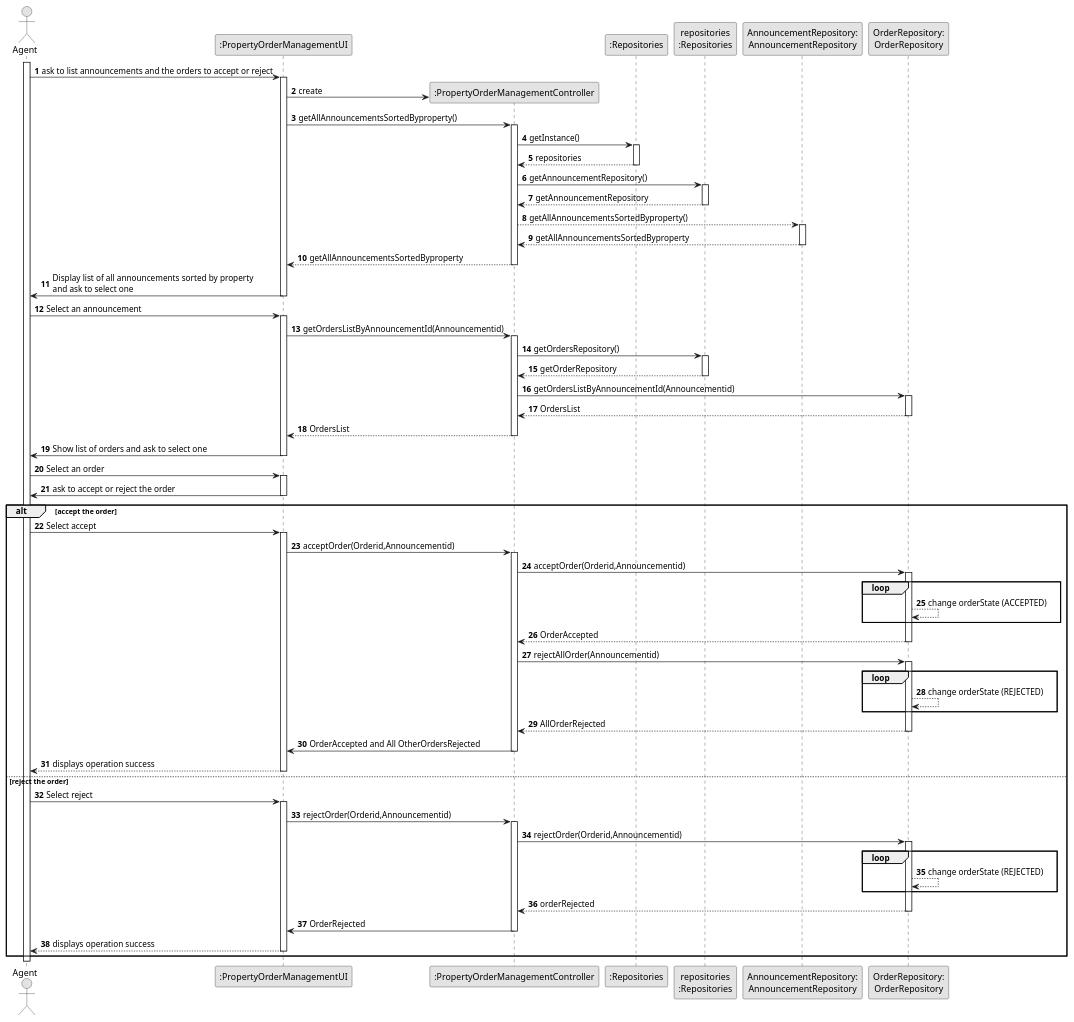
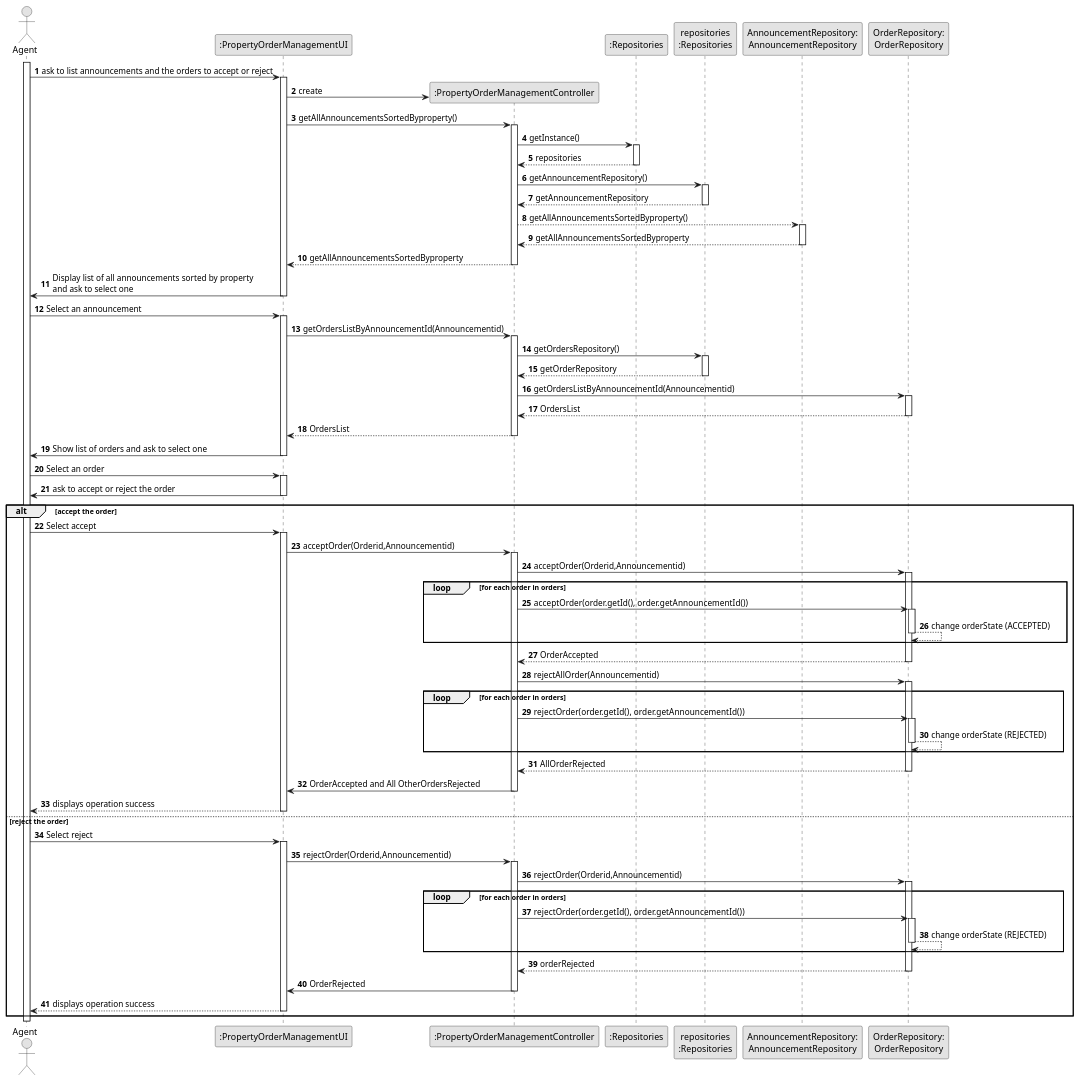
The diagram in docs/sprintD/us011/03.design/puml/us011-sequence-diagram-full.puml (Goncalves2525/real-estate-management-system), drawn with PlantUML before and after one commit. The commit also changed 7 other files, not shown here.

```diff
--- a/docs/sprintD/us011/03.design/puml/us011-sequence-diagram-full.puml
+++ b/docs/sprintD/us011/03.design/puml/us011-sequence-diagram-full.puml
@@ -1,145 +1,160 @@
 @startuml
 skinparam monochrome true
 skinparam packageStyle rectangle
 skinparam shadowing false
 
 autonumber
 
 'hide footbox
 actor "Agent" as AGENT
 participant ":PropertyOrderManagementUI" as UI
 participant ":PropertyOrderManagementController" as CTRL
 participant ":Repositories" as RepositorySingleton
 participant "repositories\n:Repositories" as PLAT
 participant "AnnouncementRepository:\nAnnouncementRepository" as AnnouncementRepository
 participant "OrderRepository:\nOrderRepository" as OrderRepository
 
 
 activate AGENT
 
 AGENT -> UI : ask to list announcements and the orders to accept or reject
 activate UI
 UI -> CTRL** : create
 UI -> CTRL : getAllAnnouncementsSortedByproperty()
 activate CTRL
 
 CTRL -> RepositorySingleton : getInstance()
 activate RepositorySingleton
 
 RepositorySingleton --> CTRL: repositories
 deactivate RepositorySingleton
 
  CTRL -> PLAT : getAnnouncementRepository()
 activate PLAT
 
 PLAT --> CTRL: getAnnouncementRepository
 deactivate PLAT
 
 CTRL --> AnnouncementRepository : getAllAnnouncementsSortedByproperty()
 activate AnnouncementRepository
 
  AnnouncementRepository --> CTRL : getAllAnnouncementsSortedByproperty
 deactivate AnnouncementRepository
 
 CTRL--> UI : getAllAnnouncementsSortedByproperty
 deactivate
 
  UI -> AGENT: Display list of all announcements sorted by property \nand ask to select one
  deactivate
 
  AGENT -> UI : Select an announcement
  activate UI
 
 UI -> CTRL : getOrdersListByAnnouncementId(Announcementid)
 activate CTRL
 
  CTRL -> PLAT : getOrdersRepository()
 activate PLAT
 
 PLAT --> CTRL: getOrderRepository
 deactivate PLAT
 
 CTRL -> OrderRepository : getOrdersListByAnnouncementId(Announcementid)
 activate OrderRepository
 
 OrderRepository --> CTRL : OrdersList
 deactivate OrderRepository
 
 CTRL--> UI : OrdersList
 deactivate
 
 UI -> AGENT: Show list of orders and ask to select one
 deactivate
 
 AGENT -> UI : Select an order
 activate UI
 
 UI -> AGENT : ask to accept or reject the order
 deactivate
 
 alt accept the order
 
     AGENT -> UI : Select accept
     activate UI
 
     UI -> CTRL : acceptOrder(Orderid,Announcementid)
     activate CTRL
 
     CTRL -> OrderRepository : acceptOrder(Orderid,Announcementid)
     activate OrderRepository
 
-    loop
-    OrderRepository-->OrderRepository: change orderState (ACCEPTED)
-    end
+loop for each order in orders
+    CTRL -> OrderRepository : acceptOrder(order.getId(), order.getAnnouncementId())
+    activate OrderRepository
+
+    OrderRepository --> OrderRepository : change orderState (ACCEPTED)
+
+    deactivate OrderRepository
+end
     OrderRepository --> CTRL : OrderAccepted
     deactivate OrderRepository
 
     CTRL -> OrderRepository : rejectAllOrder(Announcementid)
     activate OrderRepository
-    loop
-    OrderRepository-->OrderRepository: change orderState (REJECTED)
-    end
+
+        loop for each order in orders
+            CTRL -> OrderRepository : rejectOrder(order.getId(), order.getAnnouncementId())
+            activate OrderRepository
+
+            OrderRepository --> OrderRepository : change orderState (REJECTED)
+
+            deactivate OrderRepository
+        end
 
     OrderRepository --> CTRL : AllOrderRejected
     deactivate OrderRepository
 
     CTRL -> UI : OrderAccepted and All OtherOrdersRejected
     deactivate
 
     UI --> AGENT : displays operation success
     deactivate
 
 else reject the order
 
     AGENT -> UI : Select reject
     activate UI
 
     UI -> CTRL : rejectOrder(Orderid,Announcementid)
     activate CTRL
 
     CTRL -> OrderRepository : rejectOrder(Orderid,Announcementid)
     activate OrderRepository
 
-   loop
-   OrderRepository-->OrderRepository: change orderState (REJECTED)
-   end
+         loop for each order in orders
+             CTRL -> OrderRepository : rejectOrder(order.getId(), order.getAnnouncementId())
+             activate OrderRepository
 
+             OrderRepository --> OrderRepository : change orderState (REJECTED)
+
+             deactivate OrderRepository
+         end
     OrderRepository --> CTRL : orderRejected
     deactivate OrderRepository
 
     CTRL -> UI : OrderRejected
     deactivate
     UI --> AGENT : displays operation success
 deactivate
 end
 
 
 
 
 
 
 
 
 
 
             @enduml
```
